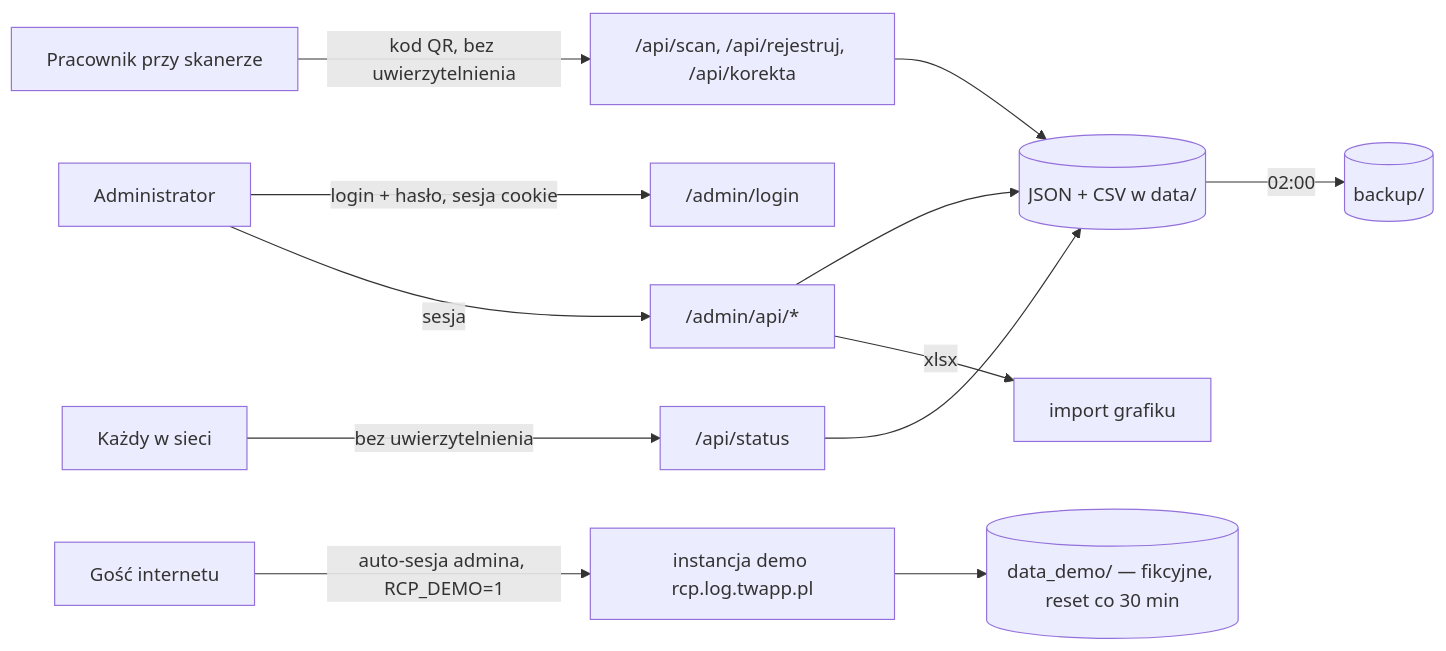
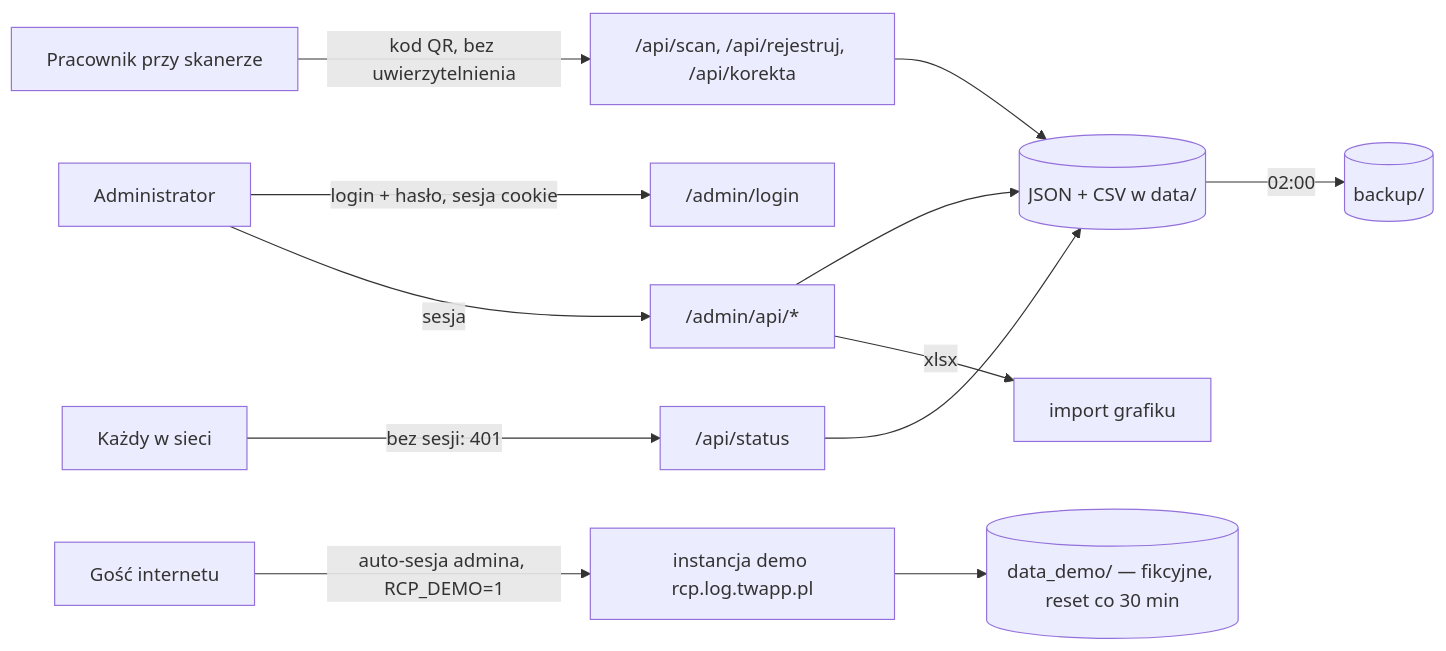
Before and after one commit to TomaszWu14/rcp-log-public: the diagram in docs/bezpieczenstwo/THREAT_MODEL.md, drawn with Mermaid. The commit also changed other lines of this file and 23 other files, not shown here.

First line of the commit message:
security: podgląd obecności /api/status tylko dla administratora (US-002)

````diff
--- a/docs/bezpieczenstwo/THREAT_MODEL.md
+++ b/docs/bezpieczenstwo/THREAT_MODEL.md
@@ -9,14 +9,14 @@
 ```mermaid
 flowchart LR
     P[Pracownik przy skanerze] -->|kod QR, bez uwierzytelnienia| S["/api/scan, /api/rejestruj, /api/korekta"]
     A[Administrator] -->|login + hasło, sesja cookie| L["/admin/login"]
     A -->|sesja| M["/admin/api/*"]
-    X[Każdy w sieci] -->|bez uwierzytelnienia| ST["/api/status"]
+    X[Każdy w sieci] -->|bez sesji: 401| ST["/api/status"]
     G[Gość internetu] -->|auto-sesja admina, RCP_DEMO=1| DM["instancja demo rcp.log.twapp.pl"]
     S --> F[(JSON + CSV w data/)]
     M --> F
     ST --> F
     DM --> FD[(data_demo/ — fikcyjne, reset co 30 min)]
     M -->|xlsx| I[import grafiku]
     F -->|02:00| B[(backup/)]
 ```
````
